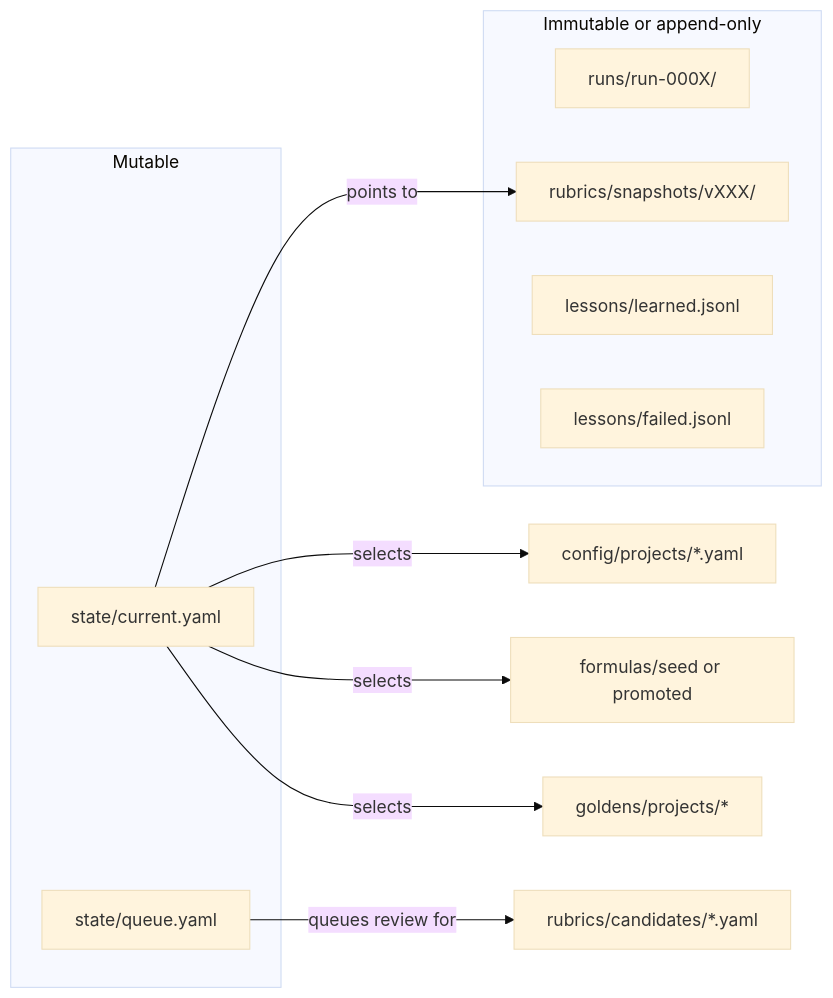
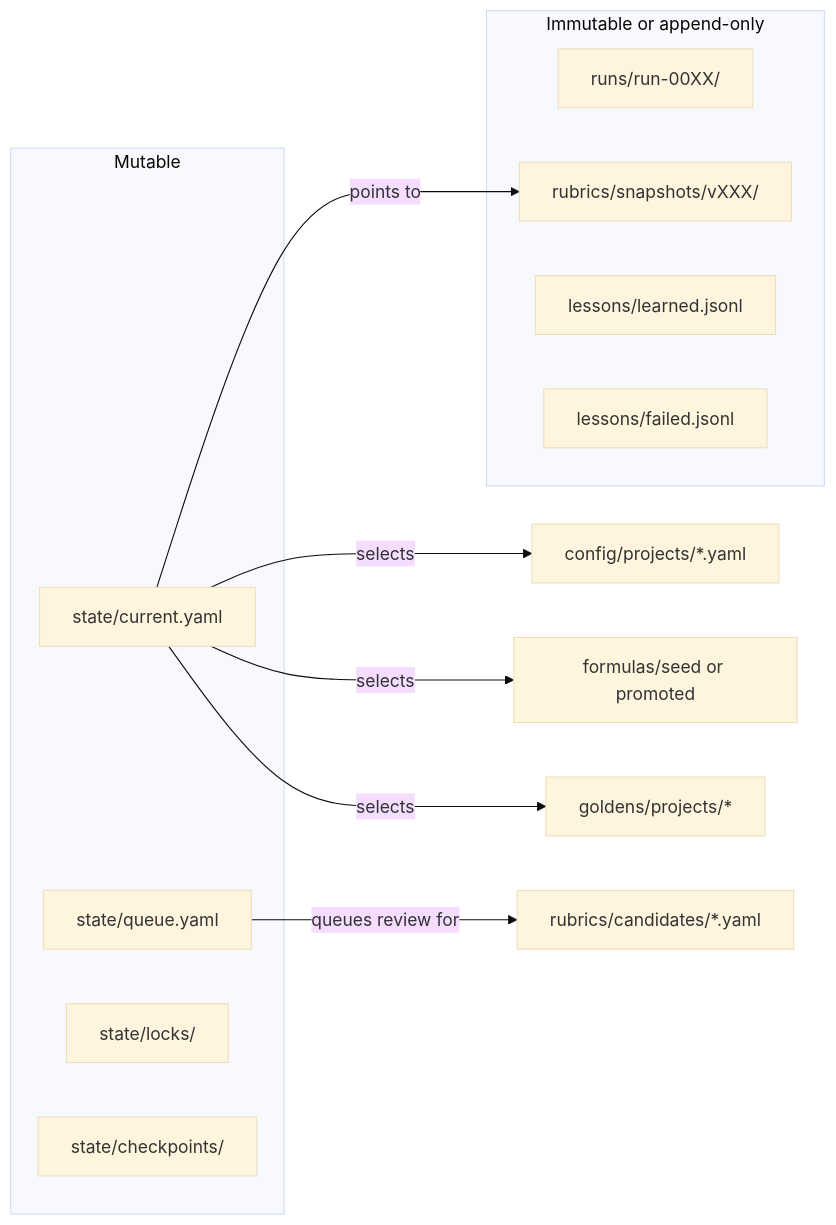
Before and after one commit to KeentGG/bluespec: the third of 3 diagrams in README.md, drawn with Mermaid (base theme). The commit also changed other lines of this file and 1 other file, not shown here.

````diff
--- a/README.md
+++ b/README.md
@@ -209,20 +295,22 @@
 ```mermaid
 flowchart LR
   subgraph Mutable[Mutable]
     S1[state/current.yaml]
     S2[state/queue.yaml]
+    S3[state/locks/]
+    S4[state/checkpoints/]
   end
 
   subgraph Immutable[Immutable or append-only]
-    R1[runs/run-000X/]
+    R1[runs/run-00XX/]
     R2[rubrics/snapshots/vXXX/]
     R3[lessons/learned.jsonl]
     R4[lessons/failed.jsonl]
   end
 
   S1 -->|points to| R2
   S1 -->|selects| A[config/projects/*.yaml]
   S1 -->|selects| B[formulas/seed or promoted]
   S1 -->|selects| C[goldens/projects/*]
   S2 -->|queues review for| D[rubrics/candidates/*.yaml]
 ```
````
